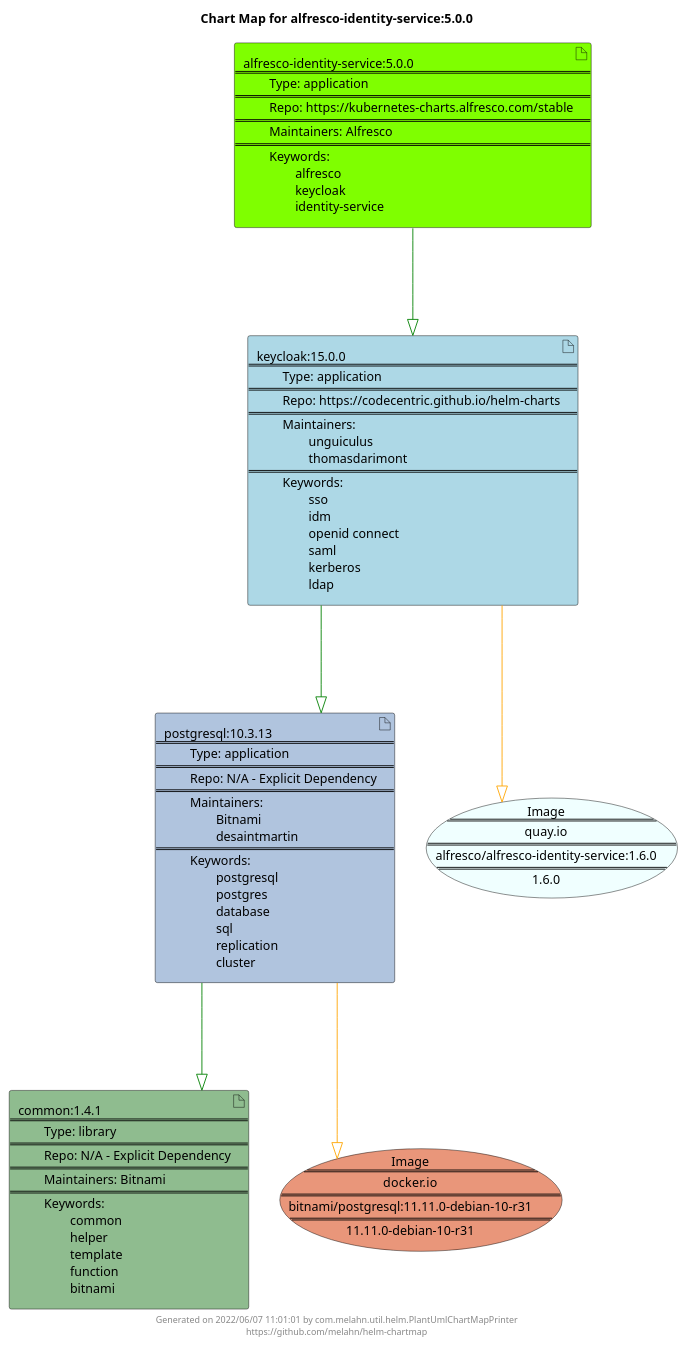
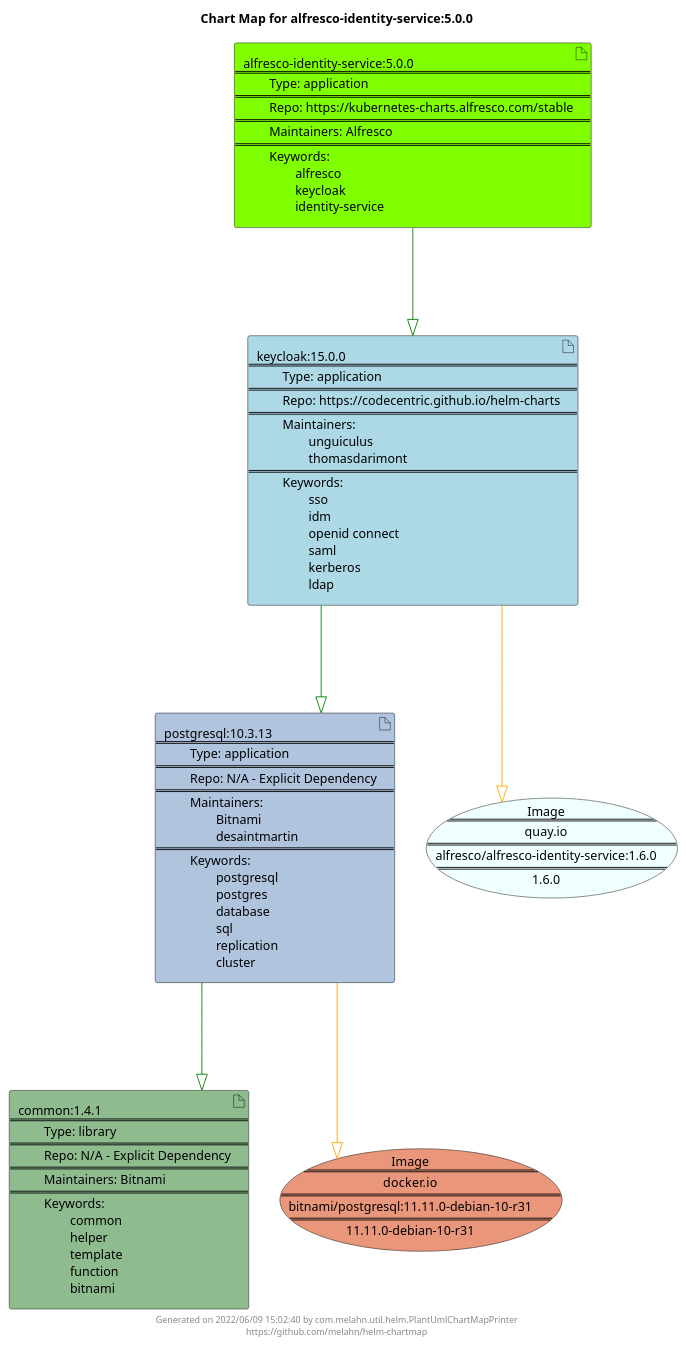
The diagram in docs/alfresco-identity-service/alfresco-identity-service-5.0.0.puml (melahn/helm-chartmap), drawn with PlantUML before and after one commit. The commit also changed 60 other files, not shown here.

Commit message:
Update Example Chart Maps as part of GitHub build

```diff
--- a/docs/alfresco-identity-service/alfresco-identity-service-5.0.0.puml
+++ b/docs/alfresco-identity-service/alfresco-identity-service-5.0.0.puml
@@ -1,29 +1,29 @@
 @startuml
 skinparam linetype ortho
 skinparam backgroundColor white
 skinparam usecaseBorderColor black
 skinparam usecaseArrowColor LightSlateGray
 skinparam artifactBorderColor black
 skinparam artifactArrowColor LightSlateGray
 
 title Chart Map for alfresco-identity-service:5.0.0
 
 'There are 4 referenced Helm Charts
 artifact "common:1.4.1\n====\n\tType: library\n====\n\tRepo: N/A - Explicit Dependency\n====\n\tMaintainers: Bitnami\n====\n\tKeywords: \n\t\tcommon\n\t\thelper\n\t\ttemplate\n\t\tfunction\n\t\tbitnami" as common_1_4_1 #DarkSeaGreen
 artifact "alfresco-identity-service:5.0.0\n====\n\tType: application\n====\n\tRepo: https://kubernetes-charts.alfresco.com/stable\n====\n\tMaintainers: Alfresco\n====\n\tKeywords: \n\t\talfresco\n\t\tkeycloak\n\t\tidentity-service" as alfresco_identity_service_5_0_0 #Chartreuse
 artifact "postgresql:10.3.13\n====\n\tType: application\n====\n\tRepo: N/A - Explicit Dependency\n====\n\tMaintainers: \n\t\tBitnami\n\t\tdesaintmartin\n====\n\tKeywords: \n\t\tpostgresql\n\t\tpostgres\n\t\tdatabase\n\t\tsql\n\t\treplication\n\t\tcluster" as postgresql_10_3_13 #LightSteelBlue
 artifact "keycloak:15.0.0\n====\n\tType: application\n====\n\tRepo: https://codecentric.github.io/helm-charts\n====\n\tMaintainers: \n\t\tunguiculus\n\t\tthomasdarimont\n====\n\tKeywords: \n\t\tsso\n\t\tidm\n\t\topenid connect\n\t\tsaml\n\t\tkerberos\n\t\tldap" as keycloak_15_0_0 #LightBlue
 
 'There are 2 referenced Docker Images
 usecase "Image\n====\nquay.io\n====\nalfresco/alfresco-identity-service:1.6.0\n====\n1.6.0" as quay_io_alfresco_alfresco_identity_service_1_6_0 #Azure
 usecase "Image\n====\ndocker.io\n====\nbitnami/postgresql:11.11.0-debian-10-r31\n====\n11.11.0-debian-10-r31" as docker_io_bitnami_postgresql_11_11_0_debian_10_r31 #DarkSalmon
 
 'Chart Dependencies
 alfresco_identity_service_5_0_0--[#green]-|>keycloak_15_0_0
 keycloak_15_0_0--[#green]-|>postgresql_10_3_13
 postgresql_10_3_13--[#green]-|>common_1_4_1
 postgresql_10_3_13--[#orange]-|>docker_io_bitnami_postgresql_11_11_0_debian_10_r31
 keycloak_15_0_0--[#orange]-|>quay_io_alfresco_alfresco_identity_service_1_6_0
 
-center footer Generated on 2022/06/07 11:01:01 by com.melahn.util.helm.PlantUmlChartMapPrinter\nhttps://github.com/melahn/helm-chartmap
+center footer Generated on 2022/06/09 15:02:40 by com.melahn.util.helm.PlantUmlChartMapPrinter\nhttps://github.com/melahn/helm-chartmap
 @enduml
```
